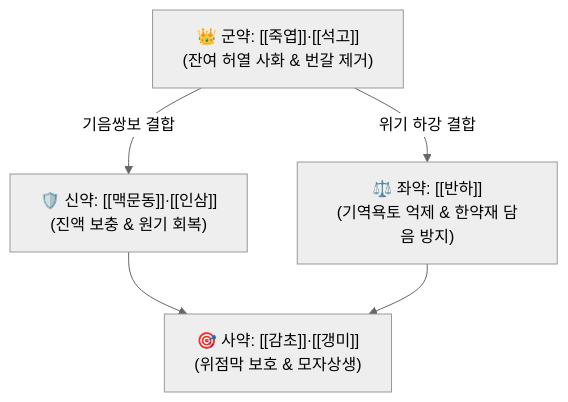
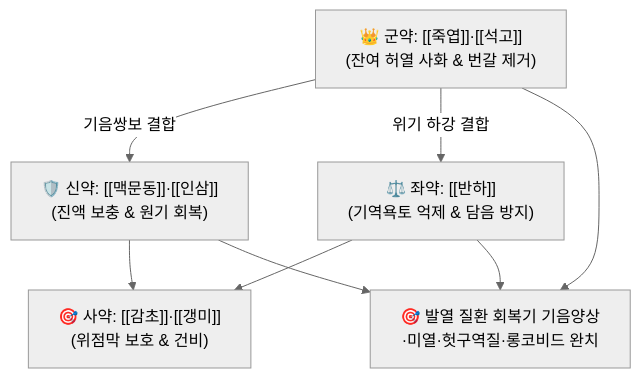
One commit to simbio11/simbio-digital-garden2 changed the diagram in content/2. 약리 공부/처방/06_청열·해독·사화제/죽엽석고탕.md. Above: the diagram before and after it, drawn with Mermaid (neutral theme). The commit also changed other lines of this file and 799 other files, not shown here.

````diff
--- a/content/2. 약리 공부/처방/06_청열·해독·사화제/죽엽석고탕.md
+++ b/content/2. 약리 공부/처방/06_청열·해독·사화제/죽엽석고탕.md
@@ -9,7 +43,8 @@
 ```mermaid
 graph TD
-    Gun["👑 군약: [[죽엽]]·[[석고]]<br>(잔여 허열 사화 & 번갈 제거)"] -->|기음쌍보 결합| Sin["🛡️ 신약: [[맥문동]]·[[인삼]]<br>(진액 보충 & 원기 회복)"]
-    Gun -->|위기 하강 결합| Jwa["⚖️ 좌약: [[반하]]<br>(기역욕토 억제 & 한약재 담음 방지)"]
-    Sin --> Sa["🎯 사약: [[감초]]·[[갱미]]<br>(위점막 보호 & 모자상생)"]
-    Jwa --> Sa
+    GUN["👑 군약: [[죽엽]]·[[석고]]<br>(잔여 허열 사화 & 번갈 제거)"] -->|기음쌍보 결합| SIN["🛡️ 신약: [[맥문동]]·[[인삼]]<br>(진액 보충 & 원기 회복)"]
+    GUN -->|위기 하강 결합| JWA["⚖️ 좌약: [[반하]]<br>(기역욕토 억제 & 담음 방지)"]
+    SIN --> SA["🎯 사약: [[감초]]·[[갱미]]<br>(위점막 보호 & 건비)"]
+    JWA --> SA
+    GUN & SIN & JWA --> TOTAL["🎯 발열 질환 회복기 기음양상·미열·헛구역질·롱코비드 완치"]
 ```
````
